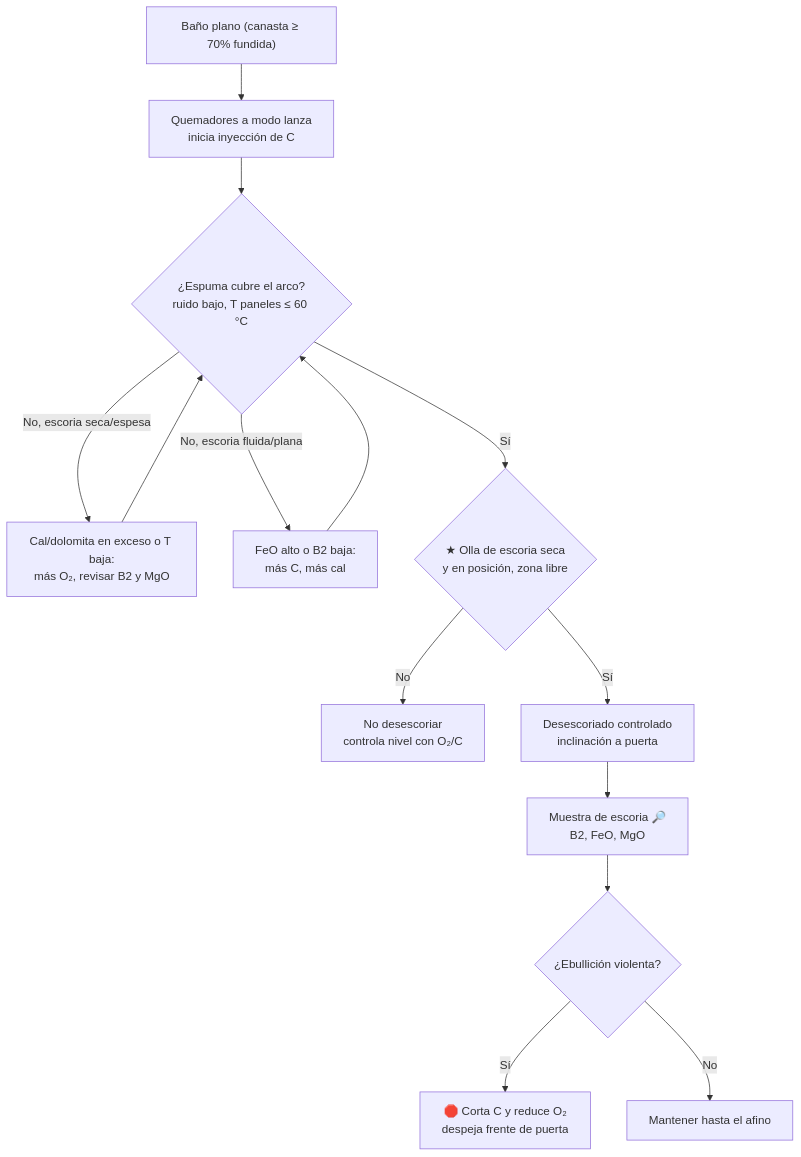
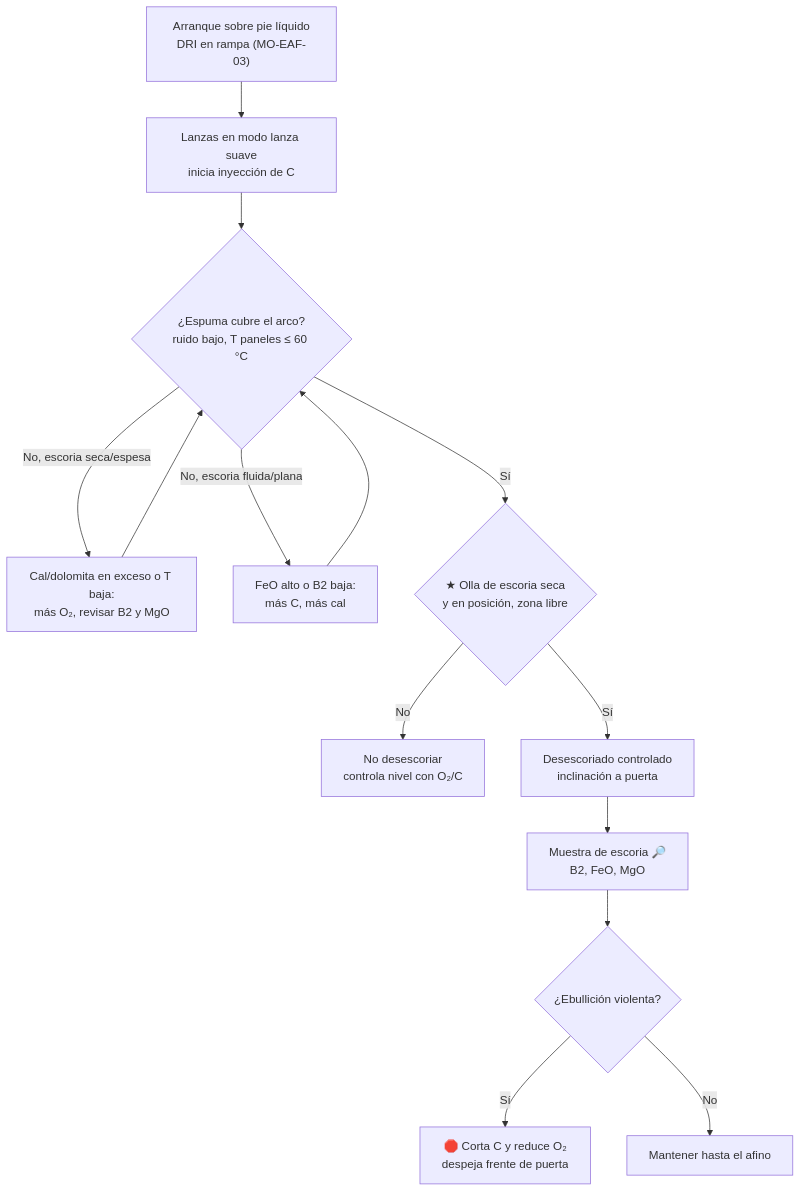
Before and after one commit to diegocardonaguzman03-maker/HR: the diagram in 10-plantas/01-steelmaking/02-operacion/eaf/MO-EAF-05-escoria-espumosa-oxigeno-carbono.md, drawn with Mermaid. The commit also changed other lines of this file and 21 other files, not shown here.

````diff
--- a/10-plantas/01-steelmaking/02-operacion/eaf/MO-EAF-05-escoria-espumosa-oxigeno-carbono.md
+++ b/10-plantas/01-steelmaking/02-operacion/eaf/MO-EAF-05-escoria-espumosa-oxigeno-carbono.md
@@ -38,16 +42,16 @@
 ```mermaid
 flowchart TD
-    A["Baño plano (canasta ≥ 70% fundida)"] --> B["Quemadores a modo lanza<br/>inicia inyección de C"]
+    A["Arranque sobre pie líquido<br/>DRI en rampa (MO-EAF-03)"] --> B["Lanzas en modo lanza suave<br/>inicia inyección de C"]
     B --> C{"¿Espuma cubre el arco?<br/>ruido bajo, T paneles ≤ 60 °C"}
     C -- "No, escoria seca/espesa" --> D["Cal/dolomita en exceso o T baja:<br/>más O₂, revisar B2 y MgO"]
     C -- "No, escoria fluida/plana" --> E["FeO alto o B2 baja:<br/>más C, más cal"]
     D --> C
     E --> C
     C -- "Sí" --> F{"★ Olla de escoria seca<br/>y en posición, zona libre"}
     F -- "No" --> G["No desescoriar<br/>controla nivel con O₂/C"]
     F -- "Sí" --> H["Desescoriado controlado<br/>inclinación a puerta"]
     H --> I["Muestra de escoria 🔎<br/>B2, FeO, MgO"]
     I --> J{"¿Ebullición violenta?"}
     J -- "Sí" --> K["🛑 Corta C y reduce O₂<br/>despeja frente de puerta"]
     J -- "No" --> L["Mantener hasta el afino"]
 ```
````
